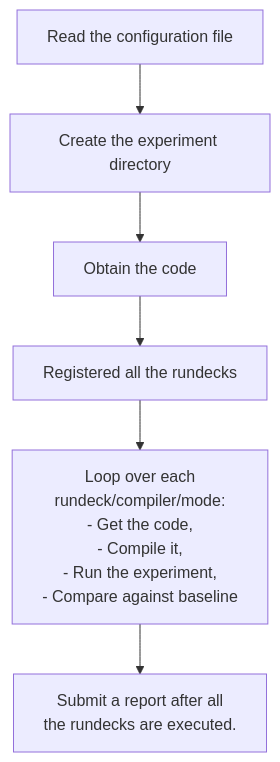
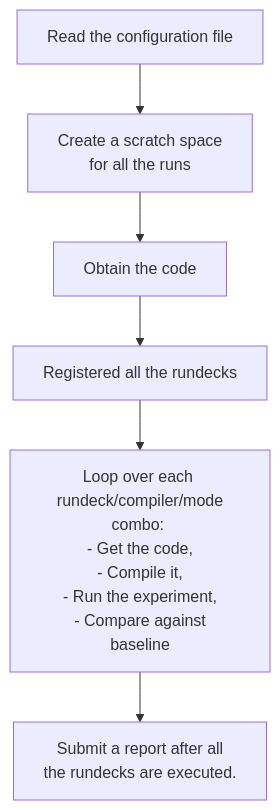
Before and after one commit to astg606/modelE_regression: the diagram in README.md, drawn with Mermaid.

Commit message:
Update flowchart descriptions in README.md

````diff
--- a/README.md
+++ b/README.md
@@ -33,8 +33,8 @@
 ```mermaid
 flowchart TB
-    A[Read the configuration file] --> B[Create the experiment directory]
+    A[Read the configuration file] --> B[Create a scratch space <br> for all the runs]
     B --> C[Obtain the code]
     C --> D[Registered all the rundecks]
-    D --> F[Loop over each <br> rundeck/compiler/mode: <br> - Get the code, <br> - Compile it, <br> - Run the experiment, <br> - Compare against baseline]
+    D --> F[Loop over each <br> rundeck/compiler/mode combo: <br> - Get the code, <br> - Compile it, <br> - Run the experiment, <br> - Compare against baseline]
     F --> G[Submit a report after all <br> the rundecks are executed.]
 ```
````
